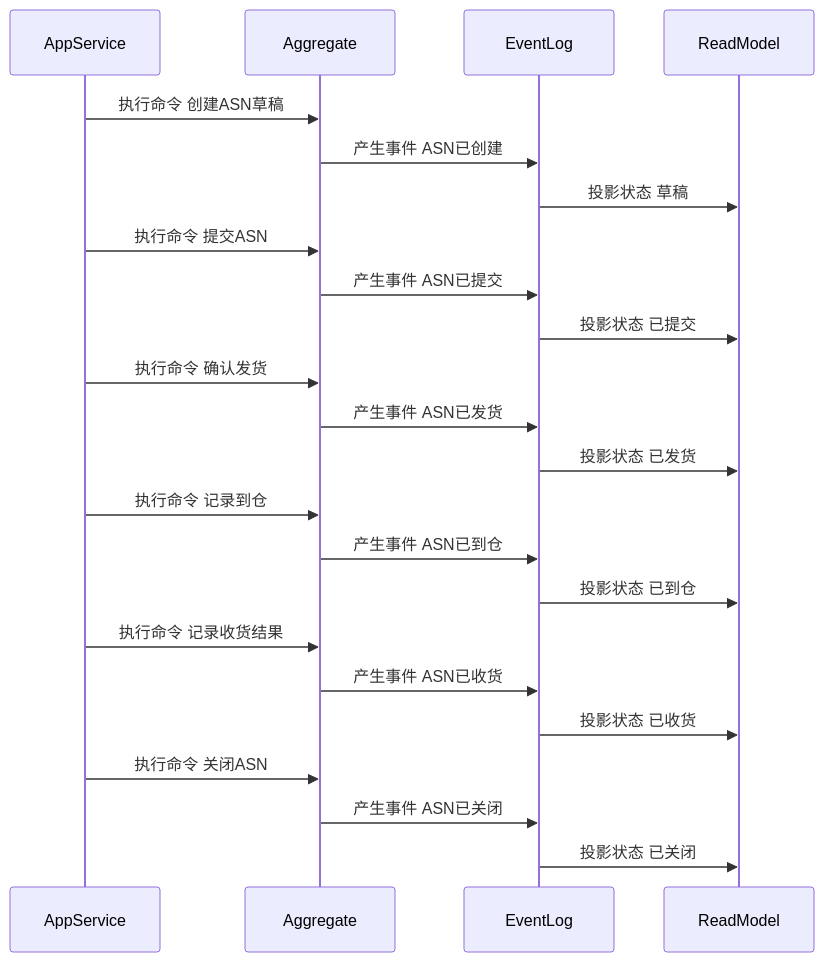
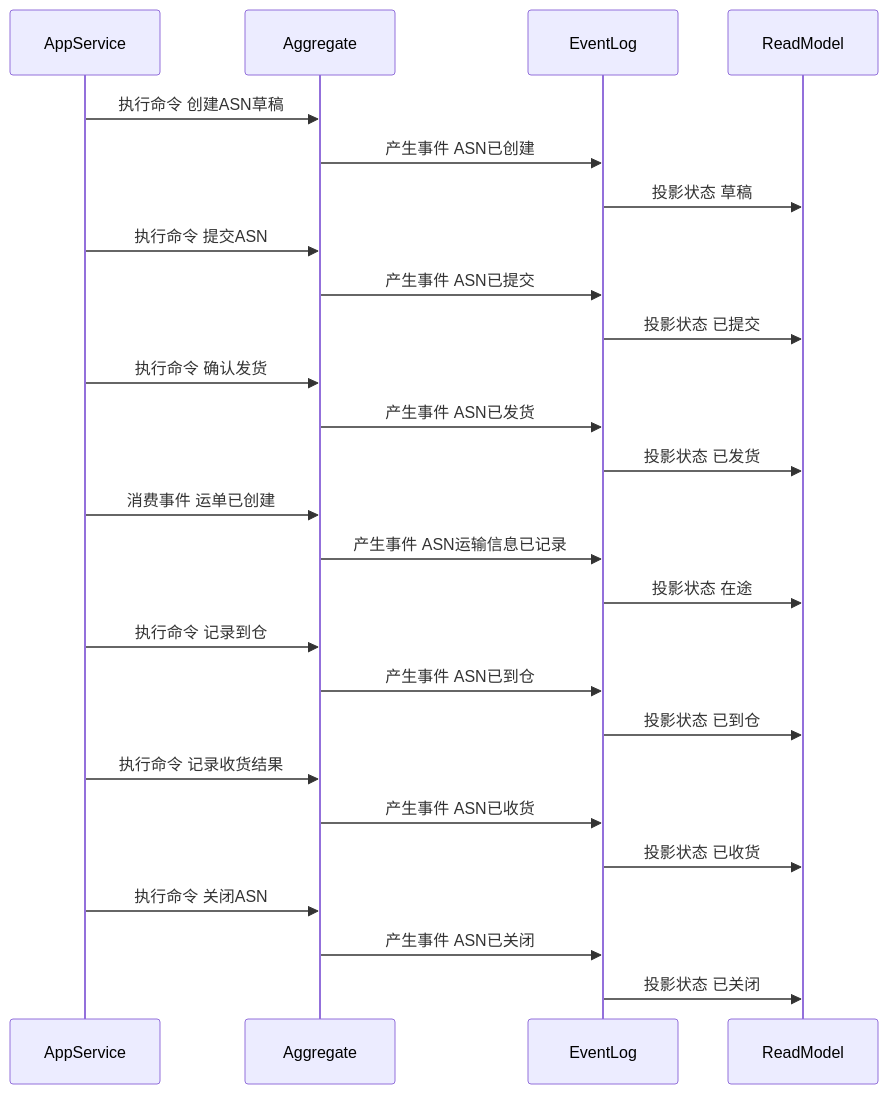
Before and after one commit to chao1927/scm: the sixth of 6 diagrams in docs/03-核心业务模型/01-供应商领域模型/07-ASN聚合CQRS设计.md, drawn with Mermaid. The commit also changed other lines of this file and 118 other files, not shown here.

````diff
--- a/docs/03-核心业务模型/01-供应商领域模型/07-ASN聚合CQRS设计.md
+++ b/docs/03-核心业务模型/01-供应商领域模型/07-ASN聚合CQRS设计.md
@@ -316,26 +324,29 @@
 ```mermaid
 sequenceDiagram
     participant AppService
     participant Aggregate
     participant EventLog
     participant ReadModel
 
     AppService->>Aggregate: 执行命令 创建ASN草稿
     Aggregate->>EventLog: 产生事件 ASN已创建
     EventLog->>ReadModel: 投影状态 草稿
     AppService->>Aggregate: 执行命令 提交ASN
     Aggregate->>EventLog: 产生事件 ASN已提交
     EventLog->>ReadModel: 投影状态 已提交
     AppService->>Aggregate: 执行命令 确认发货
     Aggregate->>EventLog: 产生事件 ASN已发货
     EventLog->>ReadModel: 投影状态 已发货
+    AppService->>Aggregate: 消费事件 运单已创建
+    Aggregate->>EventLog: 产生事件 ASN运输信息已记录
+    EventLog->>ReadModel: 投影状态 在途
     AppService->>Aggregate: 执行命令 记录到仓
     Aggregate->>EventLog: 产生事件 ASN已到仓
     EventLog->>ReadModel: 投影状态 已到仓
     AppService->>Aggregate: 执行命令 记录收货结果
     Aggregate->>EventLog: 产生事件 ASN已收货
     EventLog->>ReadModel: 投影状态 已收货
     AppService->>Aggregate: 执行命令 关闭ASN
     Aggregate->>EventLog: 产生事件 ASN已关闭
     EventLog->>ReadModel: 投影状态 已关闭
 ```
````
